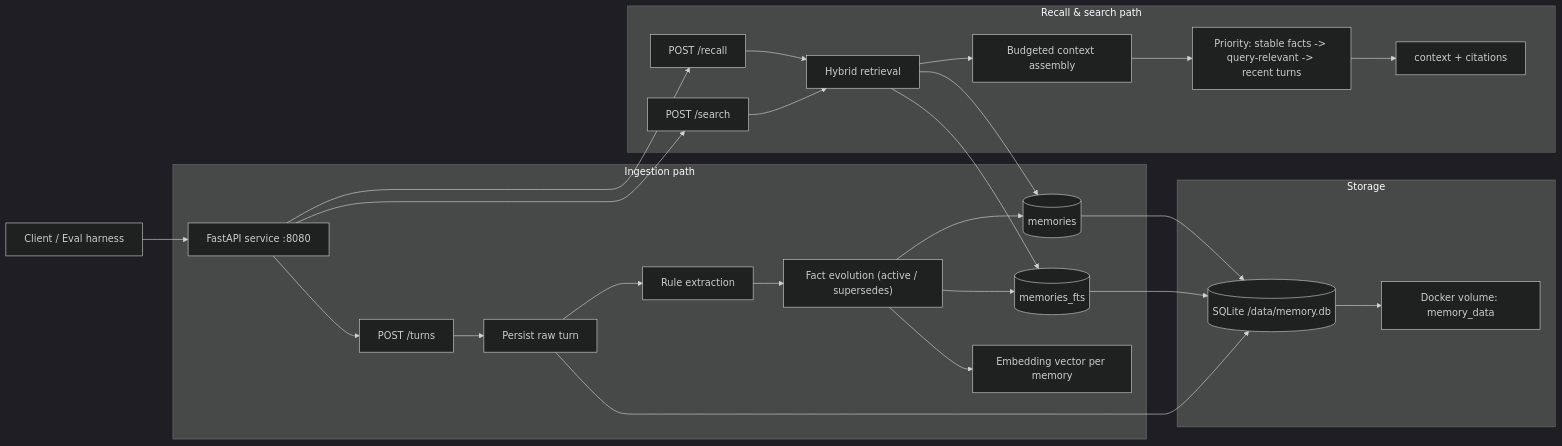
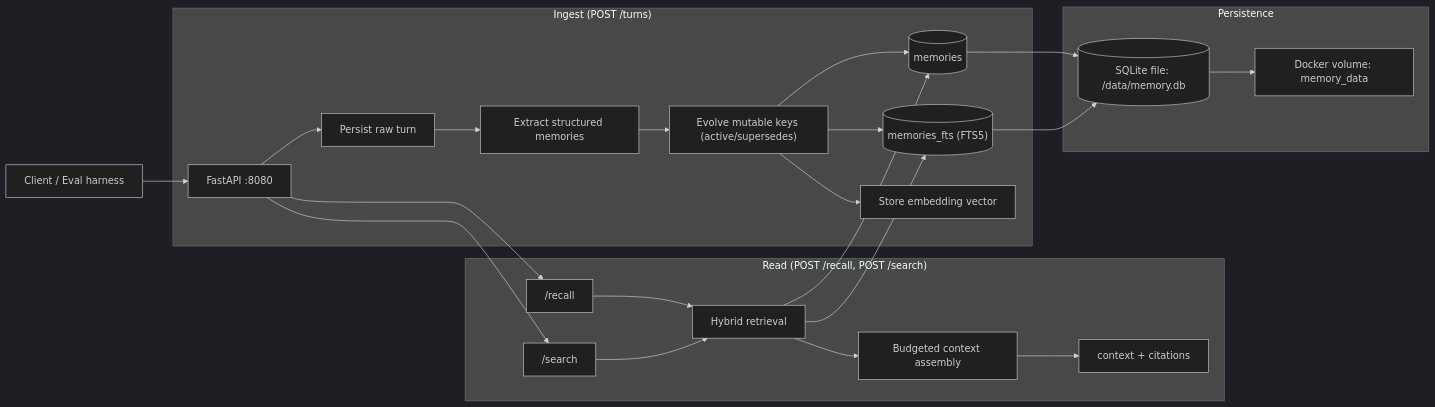
The diagram in README.md (danlusman/memory-service), drawn with Mermaid (dark theme) before and after one commit. The commit also changed other lines of this file and 1 other file, not shown here.

````diff
--- a/README.md
+++ b/README.md
@@ -97,36 +13,33 @@
 ```mermaid
 flowchart LR
-  U["Client / Eval harness"] --> API["FastAPI service :8080"]
+  U["Client / Eval harness"] --> API["FastAPI :8080"]
 
-  subgraph ING["Ingestion path"]
-    API --> T["POST /turns"]
-    T --> W["Persist raw turn"]
-    W --> X["Rule extraction"]
-    X --> P["Fact evolution (active / supersedes)"]
-    P --> M[("memories")]
-    P --> F[("memories_fts")]
-    P --> E["Embedding vector per memory"]
+  subgraph ING["Ingest (POST /turns)"]
+    API --> T["Persist raw turn"]
+    T --> X["Extract structured memories"]
+    X --> EVO["Evolve mutable keys (active/supersedes)"]
+    EVO --> MEM[("memories")]
+    EVO --> FTS[("memories_fts (FTS5)")]
+    EVO --> VEC["Store embedding vector"]
   end
 
-  subgraph RET["Recall & search path"]
-    API --> R["POST /recall"]
-    API --> S["POST /search"]
+  subgraph RET["Read (POST /recall, POST /search)"]
+    API --> R["/recall"]
+    API --> S["/search"]
     R --> H["Hybrid retrieval"]
     S --> H
-    H --> F
-    H --> M
-    H --> B["Budgeted context assembly"]
-    B --> O["Priority: stable facts -> query-relevant -> recent turns"]
-    O --> C["context + citations"]
+    H --> FTS
+    H --> MEM
+    H --> ASM["Budgeted context assembly"]
+    ASM --> OUT["context + citations"]
   end
 
-  subgraph STO["Storage"]
-    D[("SQLite /data/memory.db")]
-    V["Docker volume: memory_data"]
+  subgraph STO["Persistence"]
+    DB[("SQLite file: /data/memory.db")]
+    VOL["Docker volume: memory_data"]
   end
 
-  M --> D
-  F --> D
-  W --> D
-  D --> V
+  MEM --> DB
+  FTS --> DB
+  DB --> VOL
 ```
````
